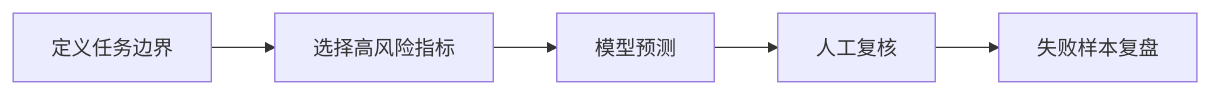
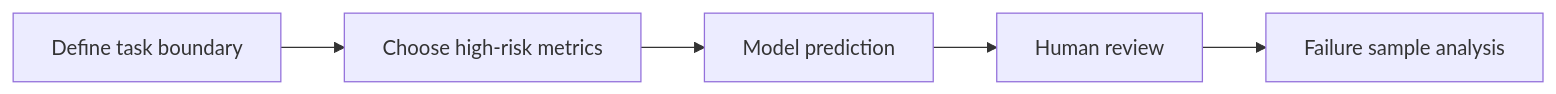
The first of 2 diagrams in docs/ch10-computer-vision/ch06-projects/02-medical-imaging.md (oudbiao/AI-fullstack-course), drawn with Mermaid before and after one commit. The commit also changed other lines of this file and 1406 other files, not shown here.

````diff
--- a/docs/ch10-computer-vision/ch06-projects/02-medical-imaging.md
+++ b/docs/ch10-computer-vision/ch06-projects/02-medical-imaging.md
@@ -34,7 +34,7 @@
 ```mermaid
 flowchart LR
-    A["定义任务边界"] --> B["选择高风险指标"]
-    B --> C["模型预测"]
-    C --> D["人工复核"]
-    D --> E["失败样本复盘"]
+    A["Define task boundary"] --> B["Choose high-risk metrics"]
+    B --> C["Model prediction"]
+    C --> D["Human review"]
+    D --> E["Failure sample analysis"]
 ```
````
